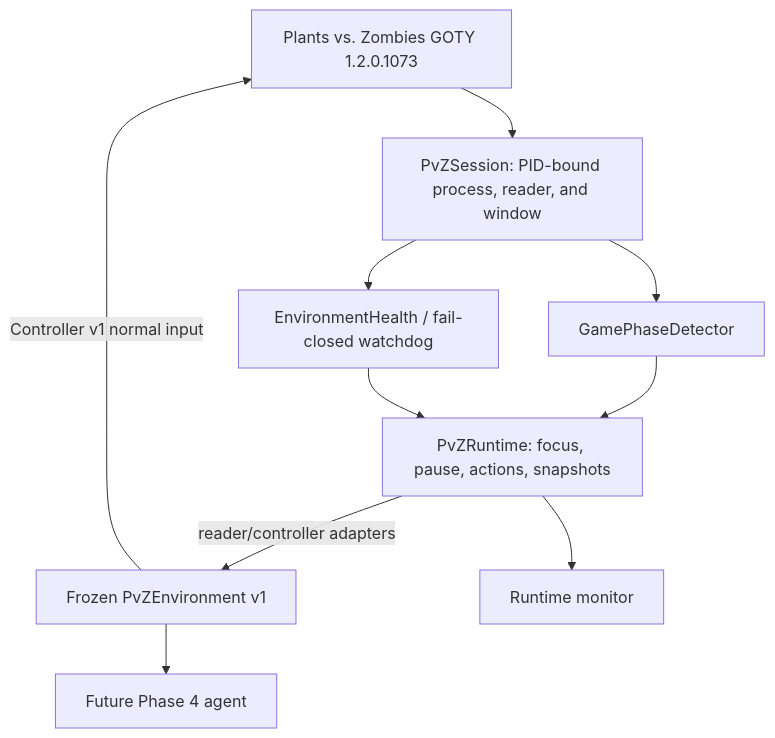
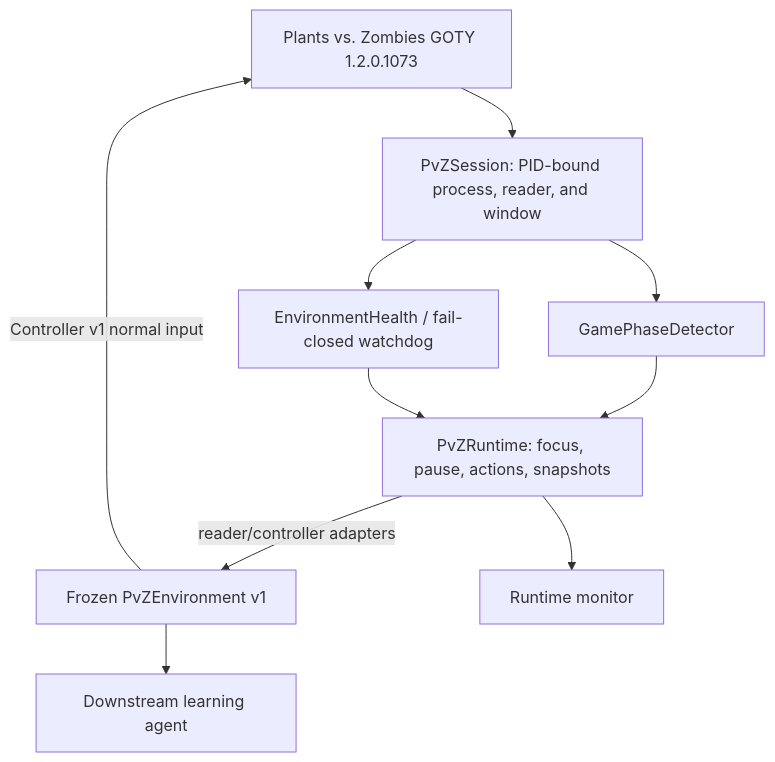
One commit to b3d012/PvZ-AI-Harness changed the diagram in README.md. Above: the diagram before and after it, drawn with Mermaid. The commit also changed other lines of this file and 3 other files, not shown here.

````diff
--- a/README.md
+++ b/README.md
@@ -23,20 +23,20 @@
 ```mermaid
 flowchart TD
     PVZ[Plants vs. Zombies GOTY 1.2.0.1073]
     S[PvZSession: PID-bound process, reader, and window]
     P[GamePhaseDetector]
     H[EnvironmentHealth / fail-closed watchdog]
     R[PvZRuntime: focus, pause, actions, snapshots]
     E[Frozen PvZEnvironment v1]
     M[Runtime monitor]
-    AI[Future Phase 4 agent]
+    AI[Downstream learning agent]
     PVZ --> S
     S --> P
     S --> H
     P --> R
     H --> R
     R -->|reader/controller adapters| E
     R --> M
     E --> AI
     E -->|Controller v1 normal input| PVZ
 ```
````
